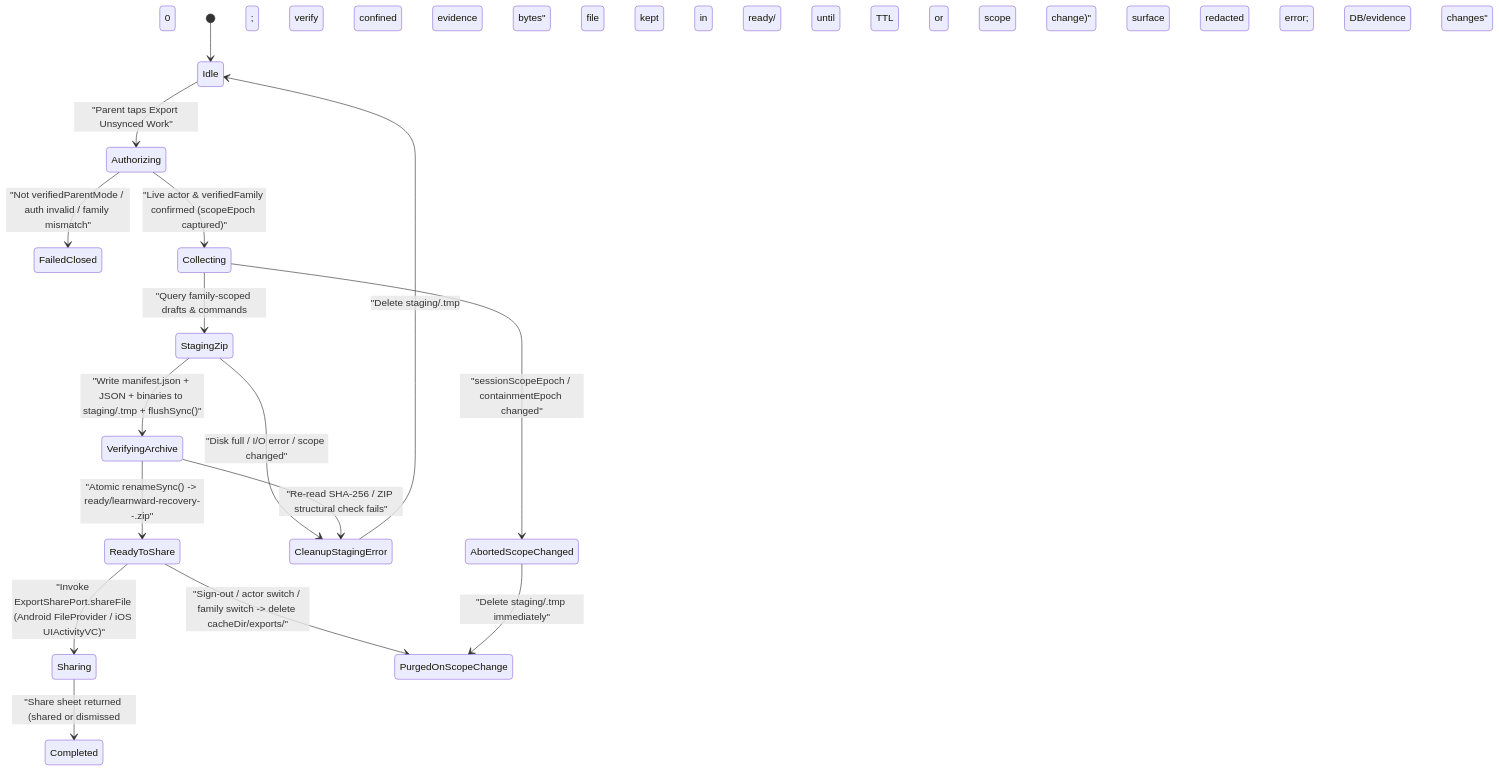
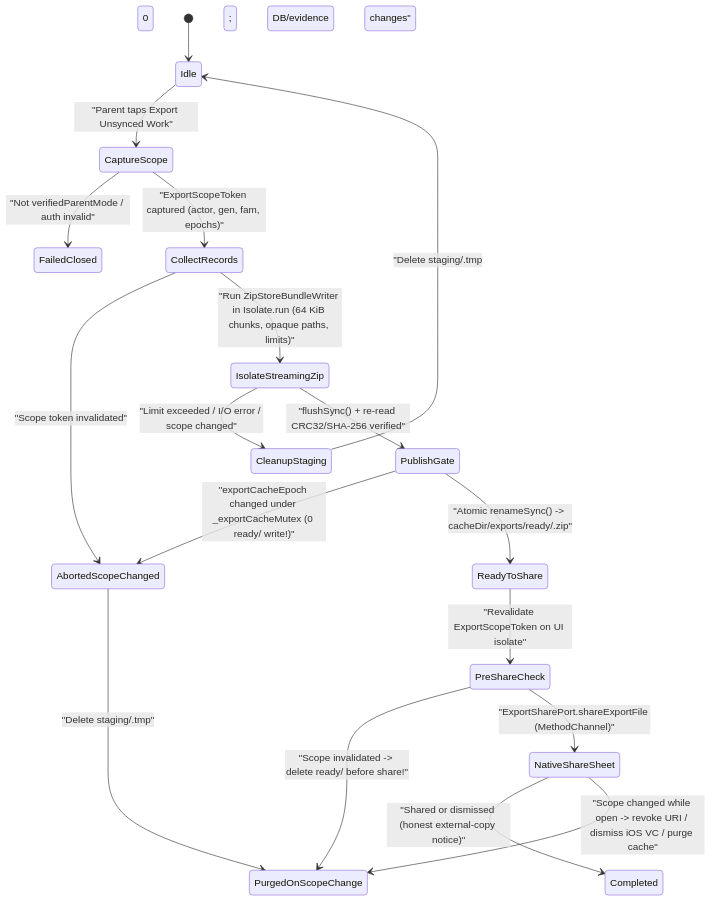
One commit to thedusk4203/LearnWard changed the first of 2 diagrams in docs/27-phase-6-slice-4c-1-manual-recovery-and-export-design-contract.md. Above: the diagram before and after it, drawn with Mermaid. The commit also changed other lines of this file and 1 other file, not shown here.

````diff
--- a/docs/27-phase-6-slice-4c-1-manual-recovery-and-export-design-contract.md
+++ b/docs/27-phase-6-slice-4c-1-manual-recovery-and-export-design-contract.md
@@ -208,18 +231,20 @@
 ```mermaid
 stateDiagram-v2
     [*] --> Idle
-    Idle --> Authorizing : "Parent taps Export Unsynced Work"
-    Authorizing --> FailedClosed : "Not verifiedParentMode / auth invalid / family mismatch"
-    Authorizing --> Collecting : "Live actor & verifiedFamily confirmed (scopeEpoch captured)"
-    Collecting --> AbortedScopeChanged : "sessionScopeEpoch / containmentEpoch changed"
-    Collecting --> StagingZip : "Query family-scoped drafts & commands; verify confined evidence bytes"
-    StagingZip --> CleanupStagingError : "Disk full / I/O error / scope changed"
-    StagingZip --> VerifyingArchive : "Write manifest.json + JSON + binaries to staging/<id>.tmp + flushSync()"
-    VerifyingArchive --> CleanupStagingError : "Re-read SHA-256 / ZIP structural check fails"
-    VerifyingArchive --> ReadyToShare : "Atomic renameSync() -> ready/learnward-recovery-<famHash>-<ts>.zip"
-    ReadyToShare --> Sharing : "Invoke ExportSharePort.shareFile (Android FileProvider / iOS UIActivityVC)"
-    Sharing --> Completed : "Share sheet returned (shared or dismissed; file kept in ready/ until TTL or scope change)"
-    ReadyToShare --> PurgedOnScopeChange : "Sign-out / actor switch / family switch -> delete cacheDir/exports/"
-    CleanupStagingError --> Idle : "Delete staging/<id>.tmp; surface redacted error; 0 DB/evidence changes"
-    AbortedScopeChanged --> PurgedOnScopeChange : "Delete staging/<id>.tmp immediately"
+    Idle --> CaptureScope : "Parent taps Export Unsynced Work"
+    CaptureScope --> FailedClosed : "Not verifiedParentMode / auth invalid"
+    CaptureScope --> CollectRecords : "ExportScopeToken captured (actor, gen, fam, epochs)"
+    CollectRecords --> AbortedScopeChanged : "Scope token invalidated"
+    CollectRecords --> IsolateStreamingZip : "Run ZipStoreBundleWriter in Isolate.run (64 KiB chunks, opaque paths, limits)"
+    IsolateStreamingZip --> CleanupStaging : "Limit exceeded / I/O error / scope changed"
+    IsolateStreamingZip --> PublishGate : "flushSync() + re-read CRC32/SHA-256 verified"
+    PublishGate --> AbortedScopeChanged : "exportCacheEpoch changed under _exportCacheMutex (0 ready/ write!)"
+    PublishGate --> ReadyToShare : "Atomic renameSync() -> cacheDir/exports/ready/<opaque>.zip"
+    ReadyToShare --> PreShareCheck : "Revalidate ExportScopeToken on UI isolate"
+    PreShareCheck --> PurgedOnScopeChange : "Scope invalidated -> delete ready/ before share!"
+    PreShareCheck --> NativeShareSheet : "ExportSharePort.shareExportFile (MethodChannel)"
+    NativeShareSheet --> Completed : "Shared or dismissed (honest external-copy notice)"
+    NativeShareSheet --> PurgedOnScopeChange : "Scope changed while open -> revoke URI / dismiss iOS VC / purge cache"
+    CleanupStaging --> Idle : "Delete staging/<id>.tmp; 0 DB/evidence changes"
+    AbortedScopeChanged --> PurgedOnScopeChange : "Delete staging/<id>.tmp"
 ```
````
